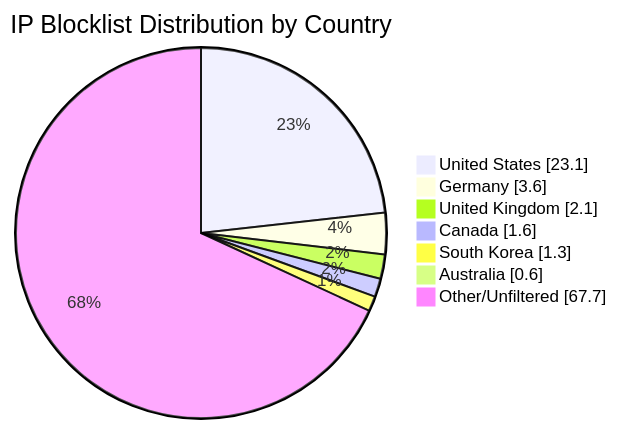
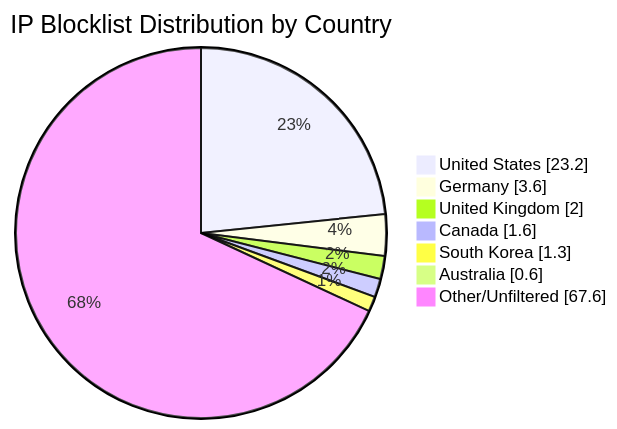
The diagram in README.md (MarcusHoltz/ipblocklist-geofiltered-aggregator), drawn with Mermaid before and after one commit. The commit also changed other lines of this file and 9 other files, not shown here.

````diff
--- a/README.md
+++ b/README.md
@@ -34,10 +34,10 @@
 ```mermaid
 pie showData title IP Blocklist Distribution by Country
-"United States" : 23.1
+"United States" : 23.2
 "Germany" : 3.6
-"United Kingdom" : 2.1
+"United Kingdom" : 2.0
 "Canada" : 1.6
 "South Korea" : 1.3
 "Australia" : 0.6
-"Other/Unfiltered" : 67.7
+"Other/Unfiltered" : 67.6
 ```
````
